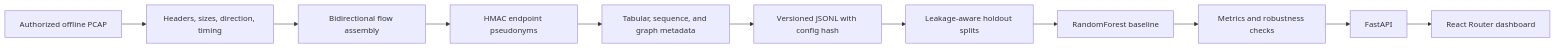
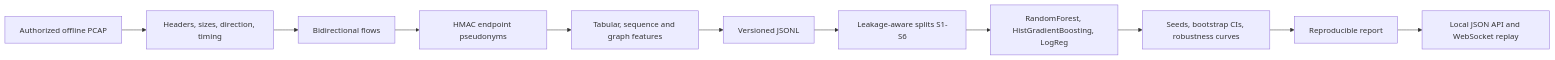
The diagram in README.md (nihalmachhi/CipherScope), drawn with Mermaid before and after one commit. The commit also changed other lines of this file and 6 other files, not shown here.

````diff
--- a/README.md
+++ b/README.md
@@ -48,13 +63,13 @@
 ```mermaid
 flowchart LR
   A[Authorized offline PCAP] --> B[Headers, sizes, direction, timing]
-  B --> C[Bidirectional flow assembly]
+  B --> C[Bidirectional flows]
   C --> D[HMAC endpoint pseudonyms]
-  D --> E[Tabular, sequence, and graph metadata]
-  E --> F[Versioned JSONL with config hash]
-  F --> G[Leakage-aware holdout splits]
-  G --> H[RandomForest baseline]
-  H --> I[Metrics and robustness checks]
-  I --> J[FastAPI]
-  J --> K[React Router dashboard]
+  D --> E[Tabular, sequence and graph features]
+  E --> F[Versioned JSONL]
+  F --> G[Leakage-aware splits S1-S6]
+  G --> H[RandomForest, HistGradientBoosting, LogReg]
+  H --> I[Seeds, bootstrap CIs, robustness curves]
+  I --> J[Reproducible report]
+  J --> K[Local JSON API and WebSocket replay]
 ```
````
